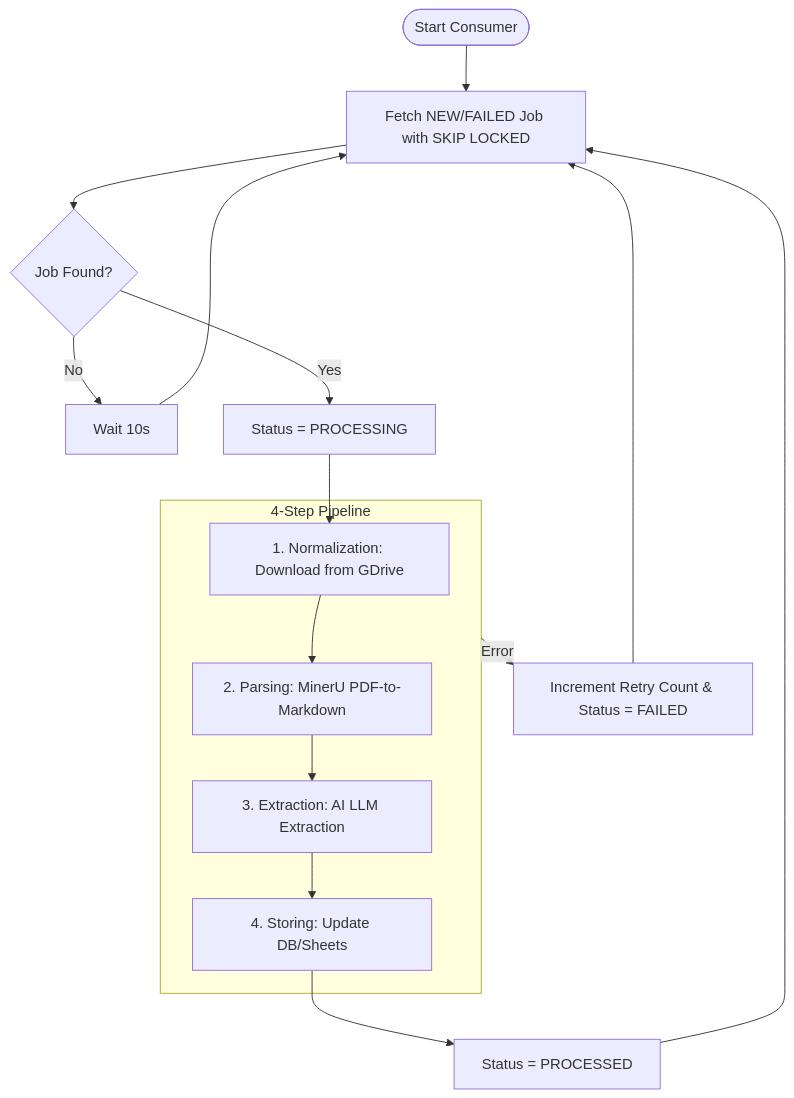
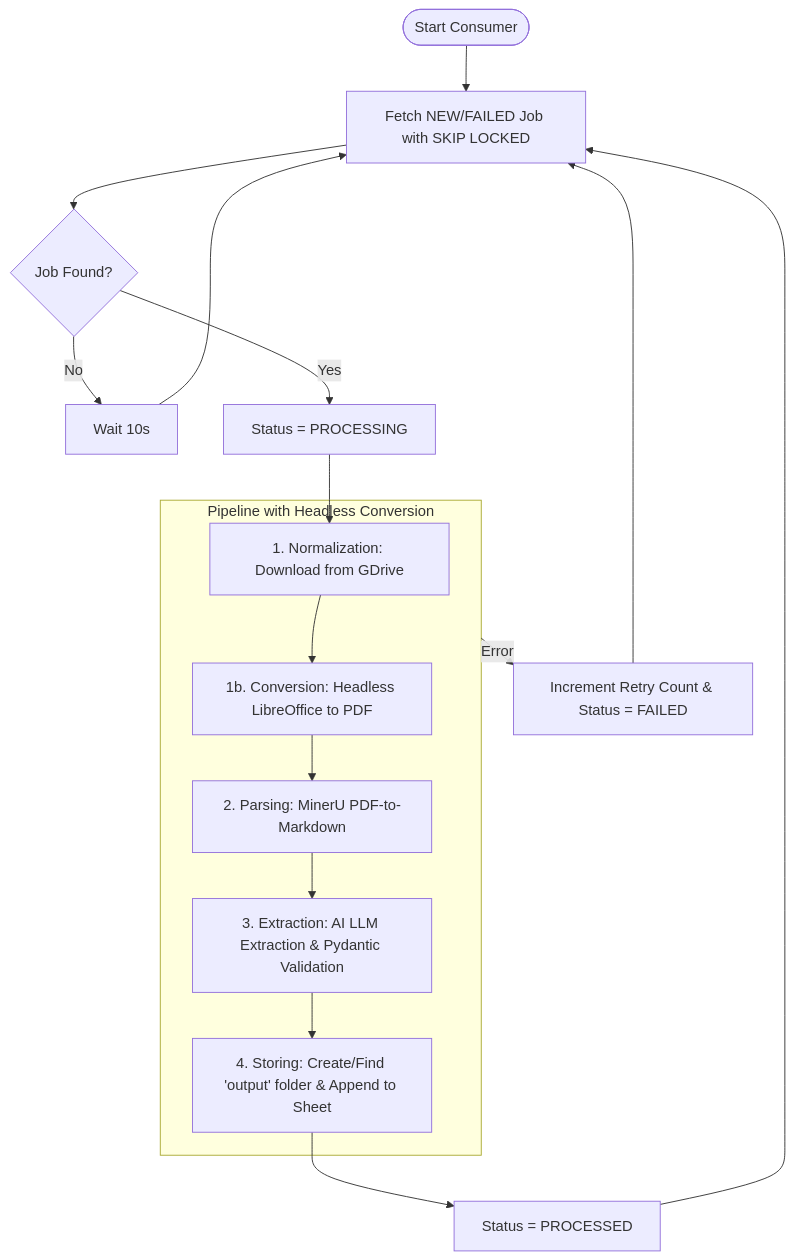
The diagram in diagrams/consumer_flow.md (vinayak912002/AuditBot), drawn with Mermaid before and after one commit. The commit also changed 12 other files, not shown here.

````diff
--- a/diagrams/consumer_flow.md
+++ b/diagrams/consumer_flow.md
@@ -5,28 +5,29 @@
 ```mermaid
 graph TD
     Start([Start Consumer]) --> LockJob[Fetch NEW/FAILED Job with SKIP LOCKED]
     LockJob --> Found{Job Found?}
     
     Found -- No --> Wait[Wait 10s]
     Wait --> LockJob
     
     Found -- Yes --> MarkProcessing[Status = PROCESSING]
     
-    subgraph Pipeline [4-Step Pipeline]
+    subgraph Pipeline [Pipeline with Headless Conversion]
         Step1[1. Normalization: Download from GDrive]
+        Step1b[1b. Conversion: Headless LibreOffice to PDF]
         Step2[2. Parsing: MinerU PDF-to-Markdown]
-        Step3[3. Extraction: AI LLM Extraction]
-        Step4[4. Storing: Update DB/Sheets]
+        Step3[3. Extraction: AI LLM Extraction & Pydantic Validation]
+        Step4[4. Storing: Create/Find 'output' folder & Append to Sheet]
         
-        Step1 --> Step2 --> Step3 --> Step4
+        Step1 --> Step1b --> Step2 --> Step3 --> Step4
     end
     
     MarkProcessing --> Step1
     
     Step4 --> Success[Status = PROCESSED]
     
     Pipeline -- Error --> Failure[Increment Retry Count & Status = FAILED]
     
     Success --> LockJob
     Failure --> LockJob
 ```
````
